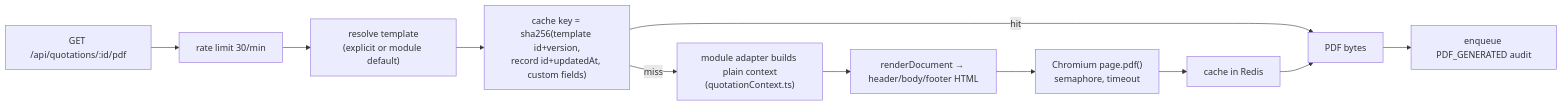
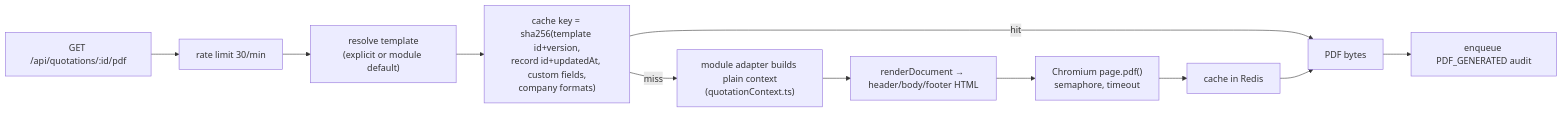
The fourth of 5 diagrams in docs/system-design.md (shivansh14503/nandini-crm), drawn with Mermaid before and after one commit. The commit also changed other lines of this file and 79 other files, not shown here.

First line of the commit message:
Admin › Company formats: company-wide date, time and number formats, part 1 (#68)

````diff
--- a/docs/system-design.md
+++ b/docs/system-design.md
@@ -641,12 +643,12 @@
 ```mermaid
 flowchart LR
     REQ["GET /api/quotations/:id/pdf"] --> RL["rate limit 30/min"]
     RL --> RES["resolve template<br/>(explicit or module default)"]
-    RES --> KEY["cache key = sha256(template id+version,<br/>record id+updatedAt, custom fields)"]
+    RES --> KEY["cache key = sha256(template id+version,<br/>record id+updatedAt, custom fields,<br/>company formats)"]
     KEY -->|hit| OUT["PDF bytes"]
     KEY -->|miss| CTX["module adapter builds plain context<br/>(quotationContext.ts)"]
     CTX --> REN["renderDocument → header/body/footer HTML"]
     REN --> CHR["Chromium page.pdf()<br/>semaphore, timeout"]
     CHR --> STORE["cache in Redis"] --> OUT
     OUT --> AUD["enqueue PDF_GENERATED audit"]
 ```
````
